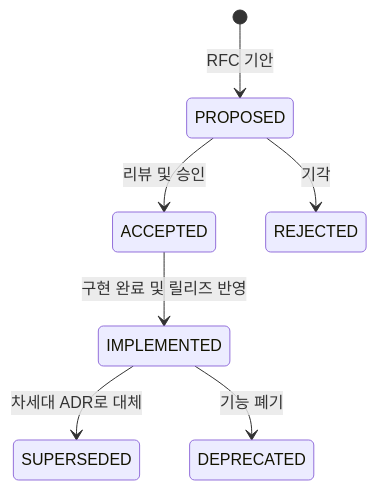
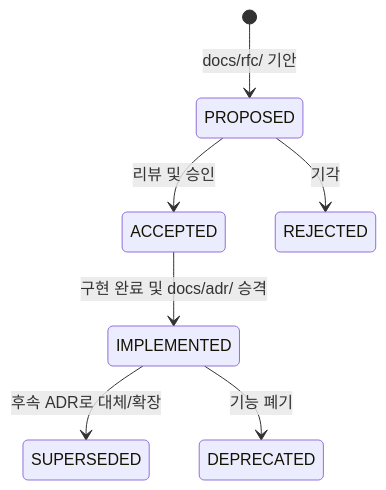
One commit to Amvermain/GregTechCalculatorBoard changed the first of 4 diagrams in docs/adr/README.md. Above: the diagram before and after it, drawn with Mermaid. The commit also changed other lines of this file and 199 other files, not shown here.

````diff
--- a/docs/adr/README.md
+++ b/docs/adr/README.md
@@ -9,9 +9,9 @@
 ```mermaid
 stateDiagram-v2
-    [*] --> PROPOSED : RFC 기안
+    [*] --> PROPOSED : docs/rfc/ 기안
     PROPOSED --> ACCEPTED : 리뷰 및 승인
     PROPOSED --> REJECTED : 기각
-    ACCEPTED --> IMPLEMENTED : 구현 완료 및 릴리즈 반영
-    IMPLEMENTED --> SUPERSEDED : 차세대 ADR로 대체
+    ACCEPTED --> IMPLEMENTED : 구현 완료 및 docs/adr/ 승격
+    IMPLEMENTED --> SUPERSEDED : 후속 ADR로 대체/확장
     IMPLEMENTED --> DEPRECATED : 기능 폐기
 ```
````
